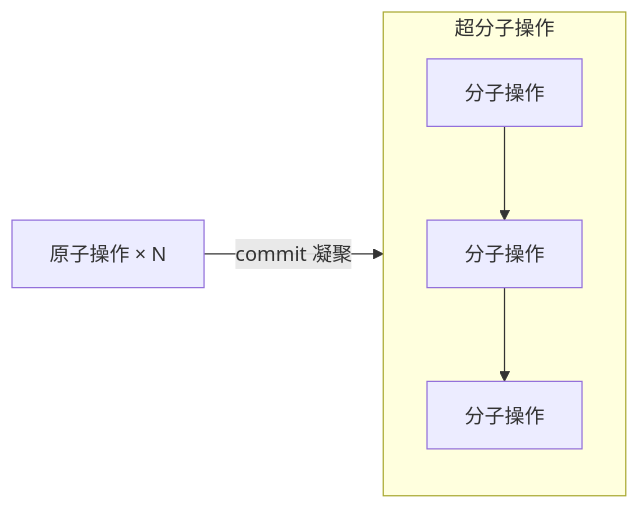
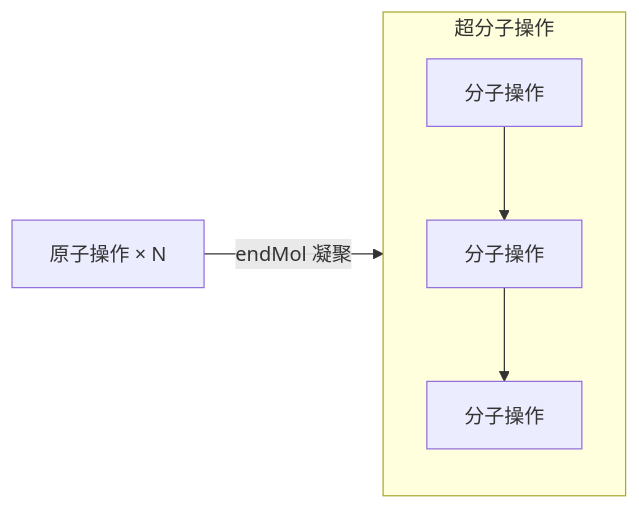
Before and after one commit to Frank-Steven/HoundWhiteboard: the diagram in src/kernel/hit/docs/operation-document.md, drawn with Mermaid. The commit also changed other lines of this file and 4 other files, not shown here.

````diff
--- a/src/kernel/hit/docs/operation-document.md
+++ b/src/kernel/hit/docs/operation-document.md
@@ -19,8 +19,8 @@
 ```mermaid
 flowchart LR
     subgraph supra["超分子操作"]
         direction TB
         m1["分子操作"] --> m2["分子操作"] --> m3["分子操作"]
     end
-    atom["原子操作 × N<br/>"] -- "commit 凝聚" --> m1
+    atom["原子操作 × N<br/>"] -- "endMol 凝聚" --> m1
 ```
````
